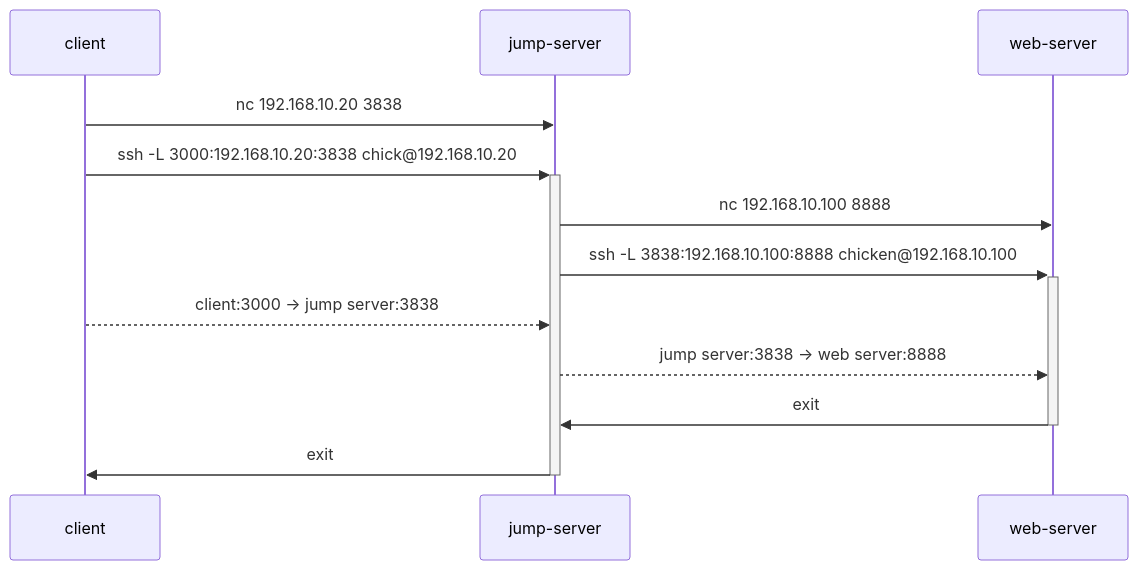
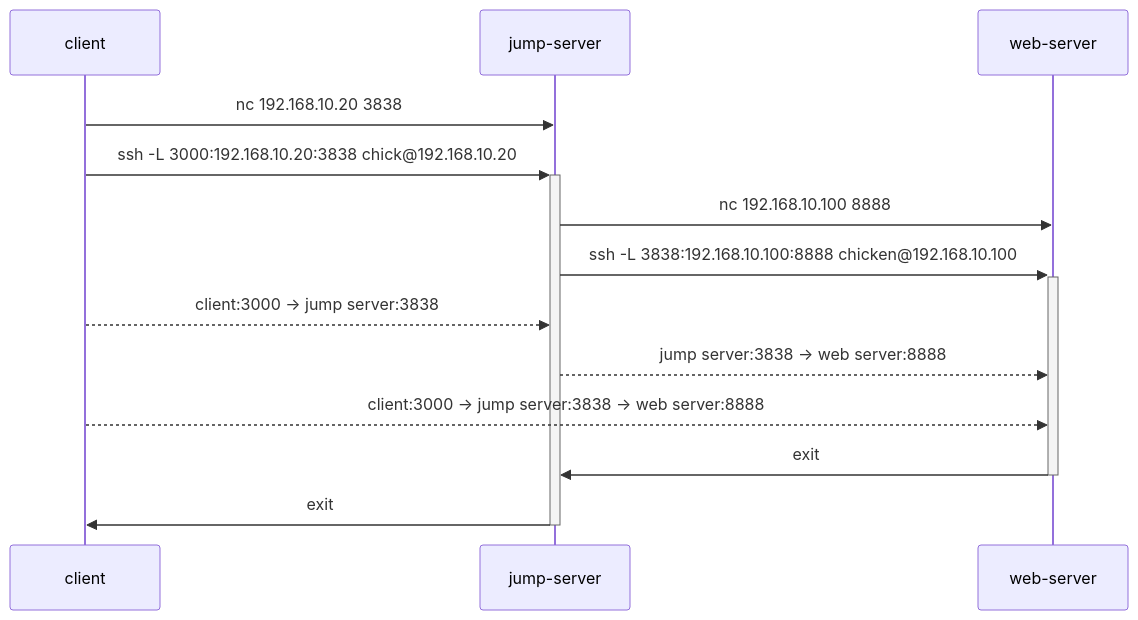
One commit to qwasium/ssh-memo changed the first of 2 diagrams in local-port-forward.md. Above: the diagram before and after it, drawn with Mermaid.

````diff
--- a/local-port-forward.md
+++ b/local-port-forward.md
@@ -37,11 +37,12 @@
 ```mermaid
 sequenceDiagram
   client ->> jump-server: nc 192.168.10.20 3838
   client ->> +jump-server: ssh -L 3000:192.168.10.20:3838 chick@192.168.10.20
   jump-server ->> web-server: nc 192.168.10.100 8888
   jump-server ->> +web-server: ssh -L 3838:192.168.10.100:8888 chicken@192.168.10.100
   client -->> jump-server: client:3000 -> jump server:3838
   jump-server -->> web-server: jump server:3838 -> web server:8888
+  client -->> web-server: client:3000 -> jump server:3838 -> web server:8888
   web-server ->> -jump-server: exit
   jump-server ->> -client: exit
 ```
````
